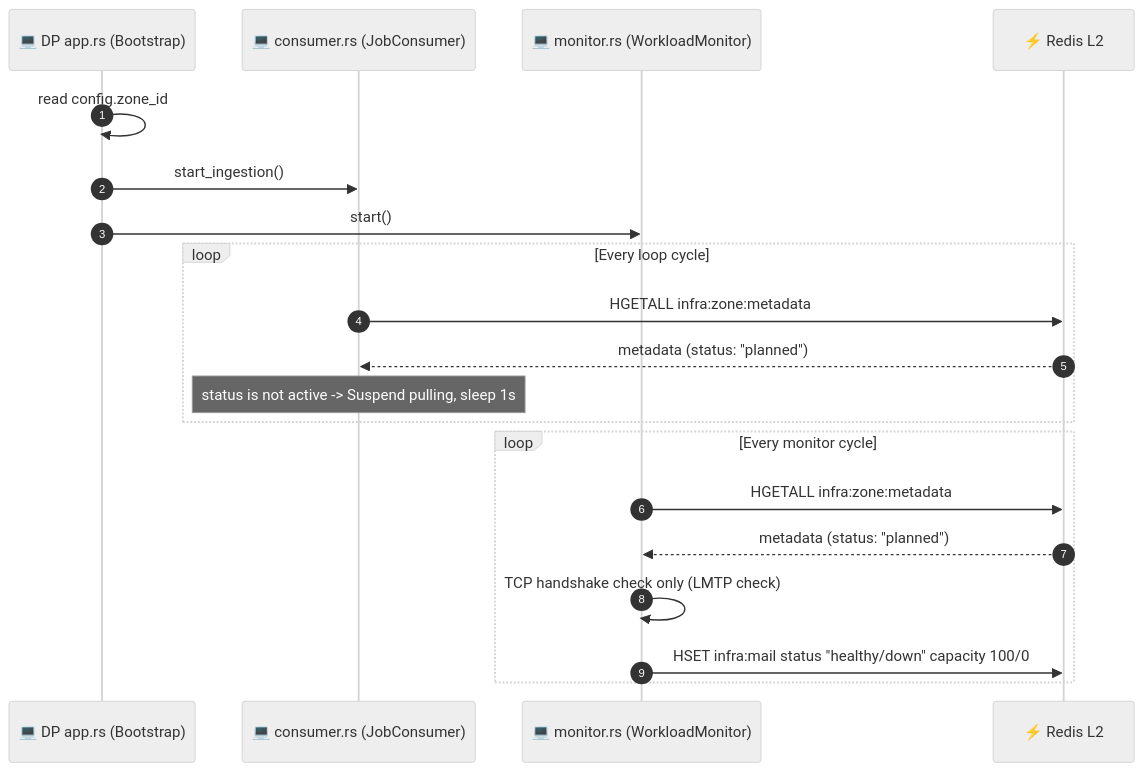
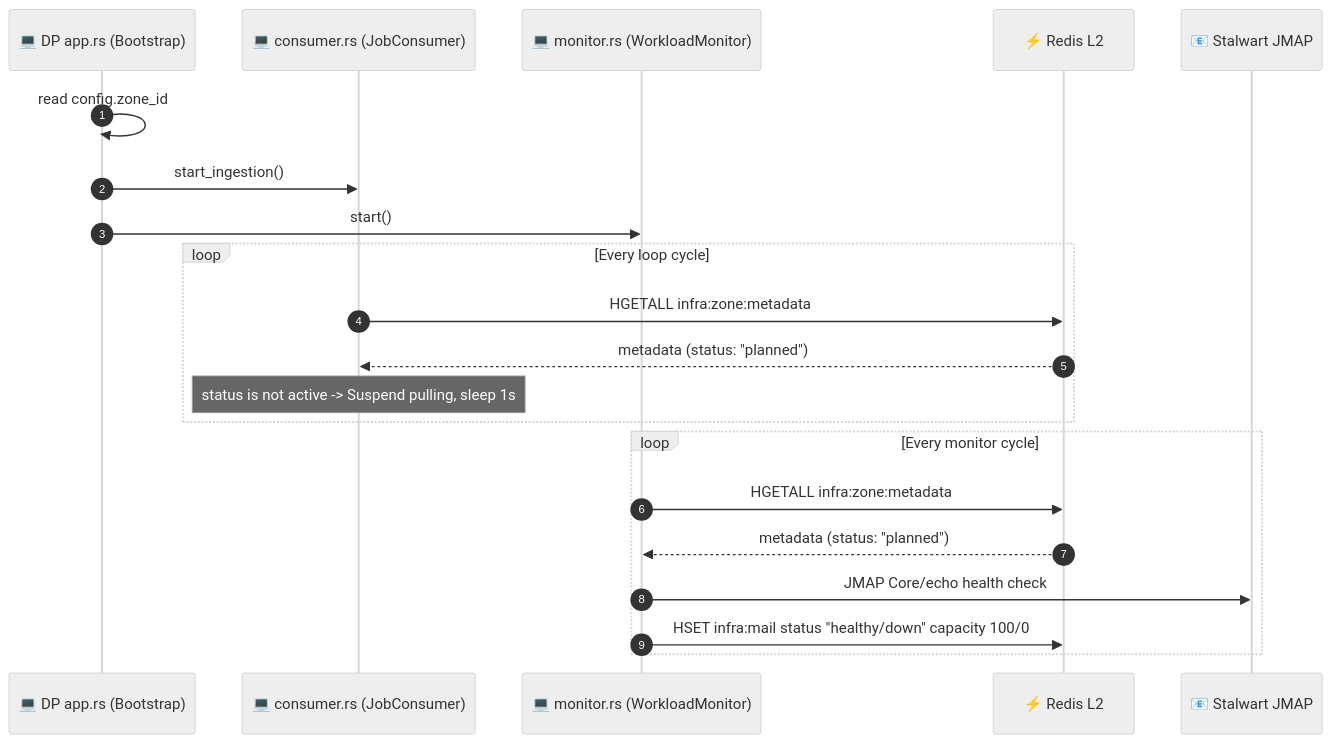
One commit to phucle996/aurora changed the fourth of 21 diagrams in god_view/hierarchy/zone_lifecycle_god_view.md. Above: the diagram before and after it, drawn with Mermaid (neutral theme). The commit also changed other lines of this file and 56 other files, not shown here.

Commit message:
feat: replace LMTP mail transport with JMAP-based batch executor and add wallet provisioning inbox support.

````diff
--- a/god_view/hierarchy/zone_lifecycle_god_view.md
+++ b/god_view/hierarchy/zone_lifecycle_god_view.md
@@ -287,25 +287,26 @@
 ```mermaid
 sequenceDiagram
     autonumber
     participant App as 💻 DP app.rs (Bootstrap)
     participant Consumer as 💻 consumer.rs (JobConsumer)
     participant Monitor as 💻 monitor.rs (WorkloadMonitor)
     participant L2 as ⚡ Redis L2
+    participant SW as 📧 Stalwart JMAP
 
     App->>App: read config.zone_id
     App->>Consumer: start_ingestion()
     App->>Monitor: start()
     
     loop Every loop cycle
         Consumer->>L2: HGETALL infra:zone:metadata
         L2-->>Consumer: metadata (status: "planned")
         Note over Consumer: status is not active -> Suspend pulling, sleep 1s
     end
 
     loop Every monitor cycle
         Monitor->>L2: HGETALL infra:zone:metadata
         L2-->>Monitor: metadata (status: "planned")
-        Monitor->>Monitor: TCP handshake check only (LMTP check)
+        Monitor->>SW: JMAP Core/echo health check
         Monitor->>L2: HSET infra:mail status "healthy/down" capacity 100/0
     end
 ```
````
